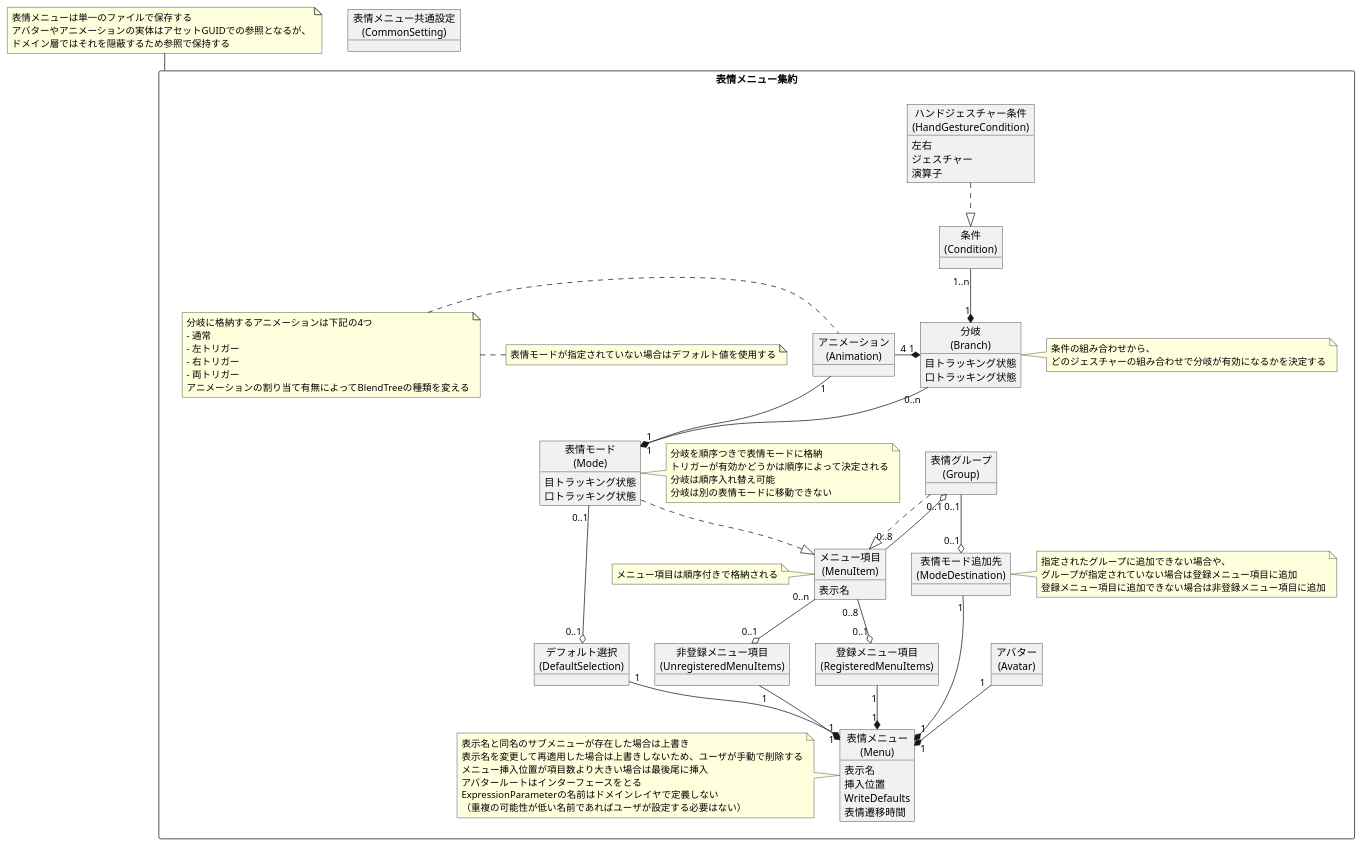
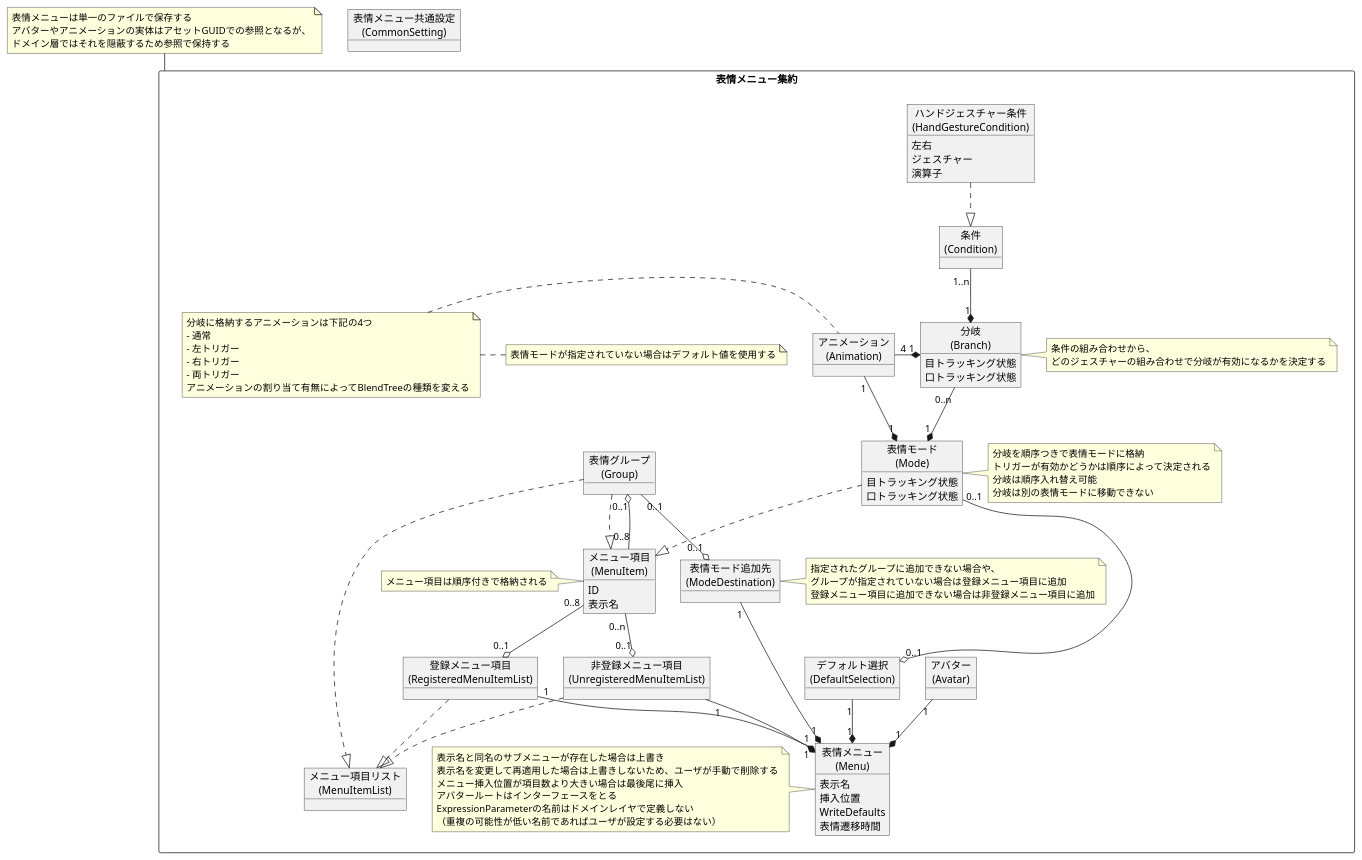
The diagram in Documents/DomainModel.pu (suzuryg/face-emo), drawn with PlantUML before and after one commit. The commit also changed 157 other files, not shown here.

```diff
--- a/Documents/DomainModel.pu
+++ b/Documents/DomainModel.pu
@@ -1,99 +1,105 @@
 @startuml FacialExpressionSwitcherDomainModel
 
 rectangle "表情メニュー集約" as MenuAggregation {
     object "表情メニュー\n(Menu)" as Menu
     Menu : 表示名
     Menu : 挿入位置
     Menu : WriteDefaults 
     Menu : 表情遷移時間
     note left
     表示名と同名のサブメニューが存在した場合は上書き
     表示名を変更して再適用した場合は上書きしないため、ユーザが手動で削除する
     メニュー挿入位置が項目数より大きい場合は最後尾に挿入
     アバタールートはインターフェースをとる
     ExpressionParameterの名前はドメインレイヤで定義しない
     （重複の可能性が低い名前であればユーザが設定する必要はない）
     end note
 
     object "アバター\n(Avatar)" as Avatar
     Avatar "1" --* "1" Menu
 
-    object "登録メニュー項目\n(RegisteredMenuItems)" as RegisteredMenuItems
-    object "非登録メニュー項目\n(UnregisteredMenuItems)" as UnregisteredMenuItems
+    object "登録メニュー項目\n(RegisteredMenuItemList)" as RegisteredMenuItems
+    object "非登録メニュー項目\n(UnregisteredMenuItemList)" as UnregisteredMenuItems
     RegisteredMenuItems "1" --* "1" Menu
     UnregisteredMenuItems "1" --* "1" Menu
 
     object "デフォルト選択\n(DefaultSelection)" as DefaultSelection
     DefaultSelection "1" --* "1" Menu
     object "表情モード追加先\n(ModeDestination)" as ModeDestination
     note right
     指定されたグループに追加できない場合や、
     グループが指定されていない場合は登録メニュー項目に追加
     登録メニュー項目に追加できない場合は非登録メニュー項目に追加
     end note
     ModeDestination "1" --* "1" Menu
 
     object "メニュー項目\n(MenuItem)" as MenuItem
     note left : メニュー項目は順序付きで格納される
+    MenuItem : ID
     MenuItem : 表示名
     MenuItem "0..8" --o "0..1" RegisteredMenuItems
     MenuItem "0..n" --o "0..1" UnregisteredMenuItems
+
+    object "メニュー項目リスト\n(MenuItemList)" as MenuItemList
+    RegisteredMenuItems ..|> MenuItemList
+    UnregisteredMenuItems ..|> MenuItemList
 
     object "表情グループ\n(Group)" as Group
     object "表情モード\n(Mode)" as Mode
     note right
     分岐を順序つきで表情モードに格納
     トリガーが有効かどうかは順序によって決定される
     分岐は順序入れ替え可能
     分岐は別の表情モードに移動できない
     end note
     Mode : 目トラッキング状態
     Mode : 口トラッキング状態
     Group ..|> MenuItem
+    Group ..|> MenuItemList
     Mode ..|> MenuItem
     MenuItem "0..8" --o "0..1" Group
 
     object "分岐\n(Branch)" as Branch
     note right
     条件の組み合わせから、
     どのジェスチャーの組み合わせで分岐が有効になるかを決定する
     end note
     Branch : 目トラッキング状態
     Branch : 口トラッキング状態
     Branch "0..n" --* "1" Mode
 
     object "条件\n(Condition)" as Condition
     object "ハンドジェスチャー条件\n(HandGestureCondition)" as HandGestureCondition
     HandGestureCondition : 左右
     HandGestureCondition : ジェスチャー
     HandGestureCondition : 演算子
     Condition "1..n" --* "1" Branch
     HandGestureCondition ..|> Condition
 
     object "アニメーション\n(Animation)" as Animation
     note left
     分岐に格納するアニメーションは下記の4つ
     - 通常
     - 左トリガー
     - 右トリガー
     - 両トリガー
     アニメーションの割り当て有無によってBlendTreeの種類を変える
     end note
     Animation "1" -right-* "1" Mode
     Animation "4" -right-* "1" Branch
 
     Mode "0..1" --o "0..1" DefaultSelection
     note right : 表情モードが指定されていない場合はデフォルト値を使用する
     Group "0..1" --o "0..1" ModeDestination
 }
 
 note as MenuAggregationNote
 表情メニューは単一のファイルで保存する
 アバターやアニメーションの実体はアセットGUIDでの参照となるが、
 ドメイン層ではそれを隠蔽するため参照で保持する
 end note
 MenuAggregationNote -- MenuAggregation
 
 object "表情メニュー共通設定\n(CommonSetting)" as CommonSetting
 
 @enduml
```
